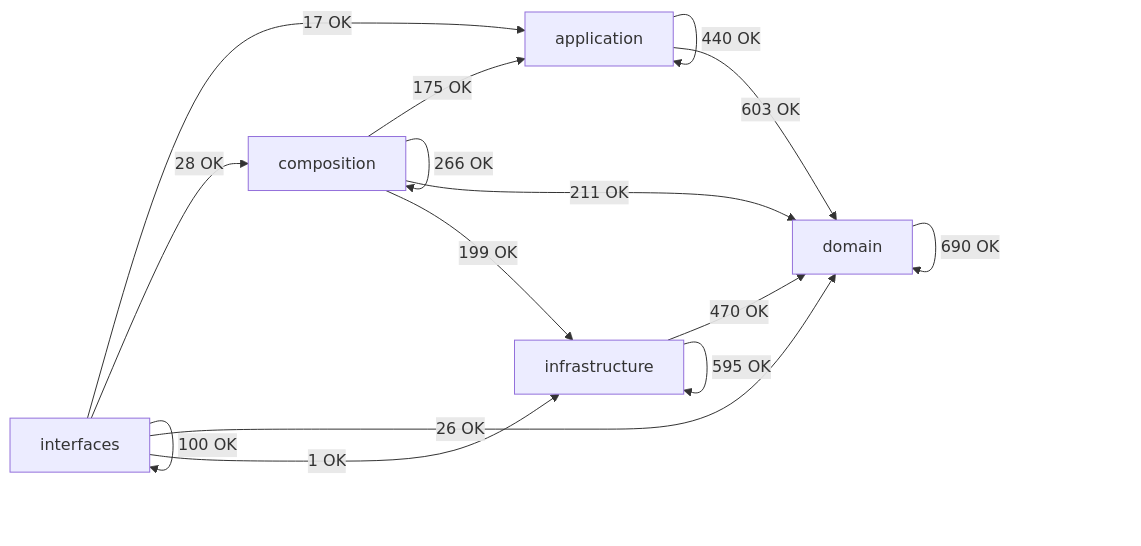
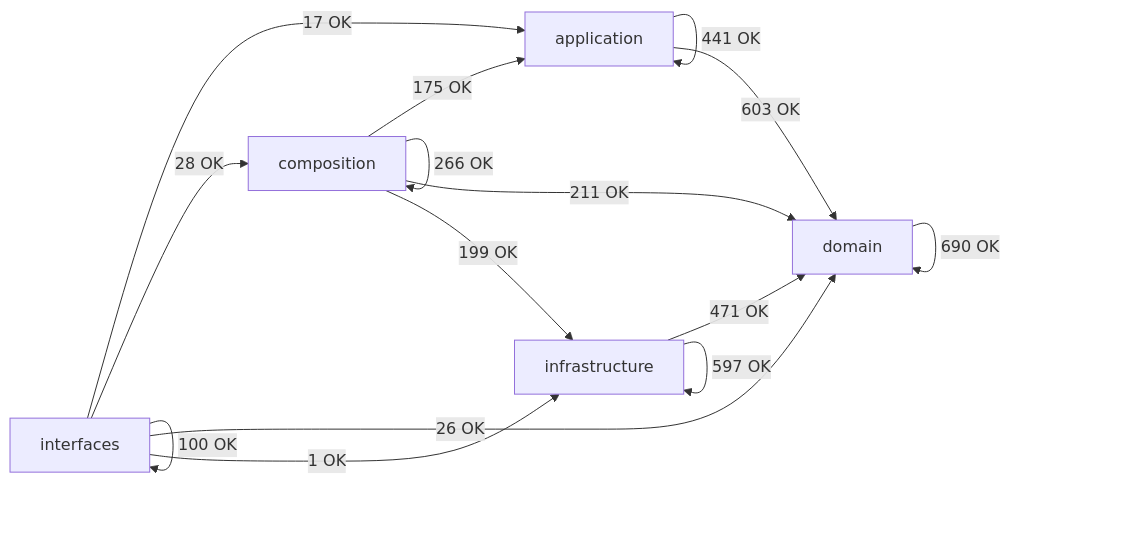
One commit to SatoryKono/BioactivityDataAcquisition changed the diagram in docs/02-architecture/generated/module-dependency-map.md. Above: the diagram before and after it, drawn with Mermaid. The commit also changed other lines of this file and 59 other files, not shown here.

````diff
--- a/docs/02-architecture/generated/module-dependency-map.md
+++ b/docs/02-architecture/generated/module-dependency-map.md
@@ -16,22 +16,22 @@
 ```mermaid
 flowchart LR
     domain[domain]
     application[application]
     infrastructure[infrastructure]
     composition[composition]
     interfaces[interfaces]
-    application -->|440 OK| application
+    application -->|441 OK| application
     application -->|603 OK| domain
     composition -->|175 OK| application
     composition -->|266 OK| composition
     composition -->|211 OK| domain
     composition -->|199 OK| infrastructure
     domain -->|690 OK| domain
-    infrastructure -->|470 OK| domain
-    infrastructure -->|595 OK| infrastructure
+    infrastructure -->|471 OK| domain
+    infrastructure -->|597 OK| infrastructure
     interfaces -->|17 OK| application
     interfaces -->|28 OK| composition
     interfaces -->|26 OK| domain
     interfaces -->|1 OK| infrastructure
     interfaces -->|100 OK| interfaces
 ```
````
